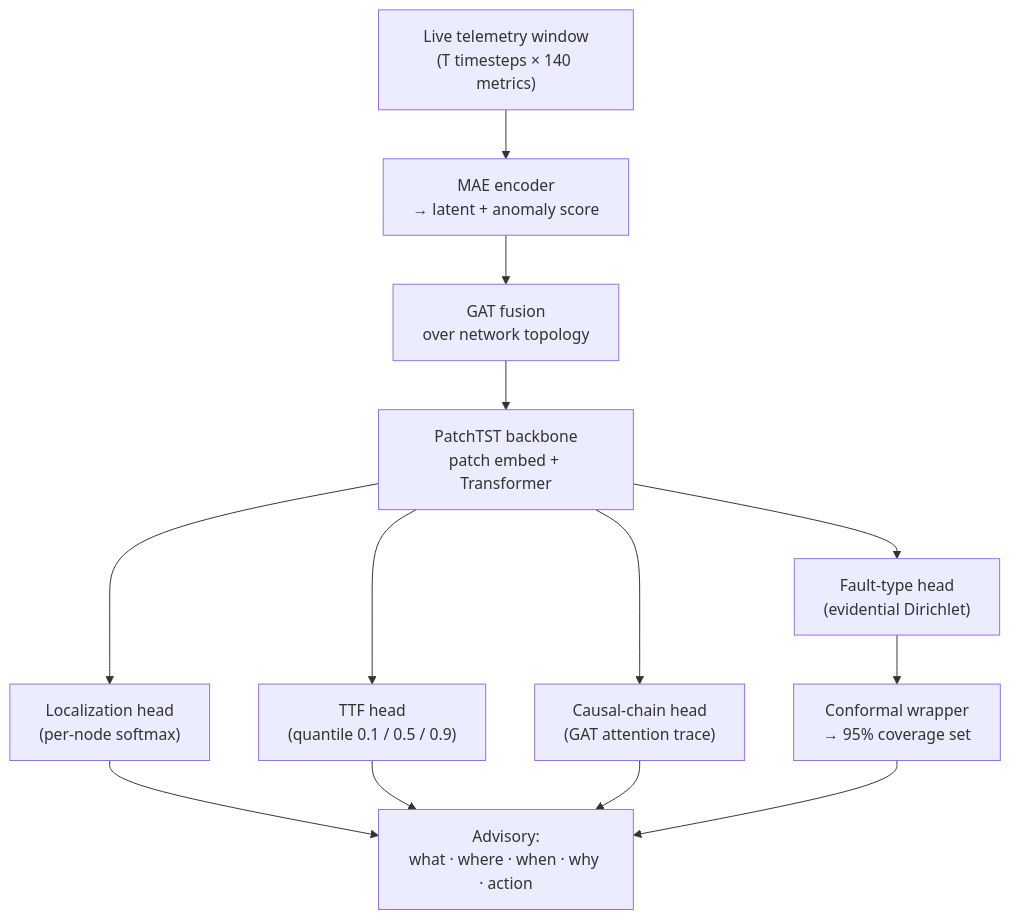
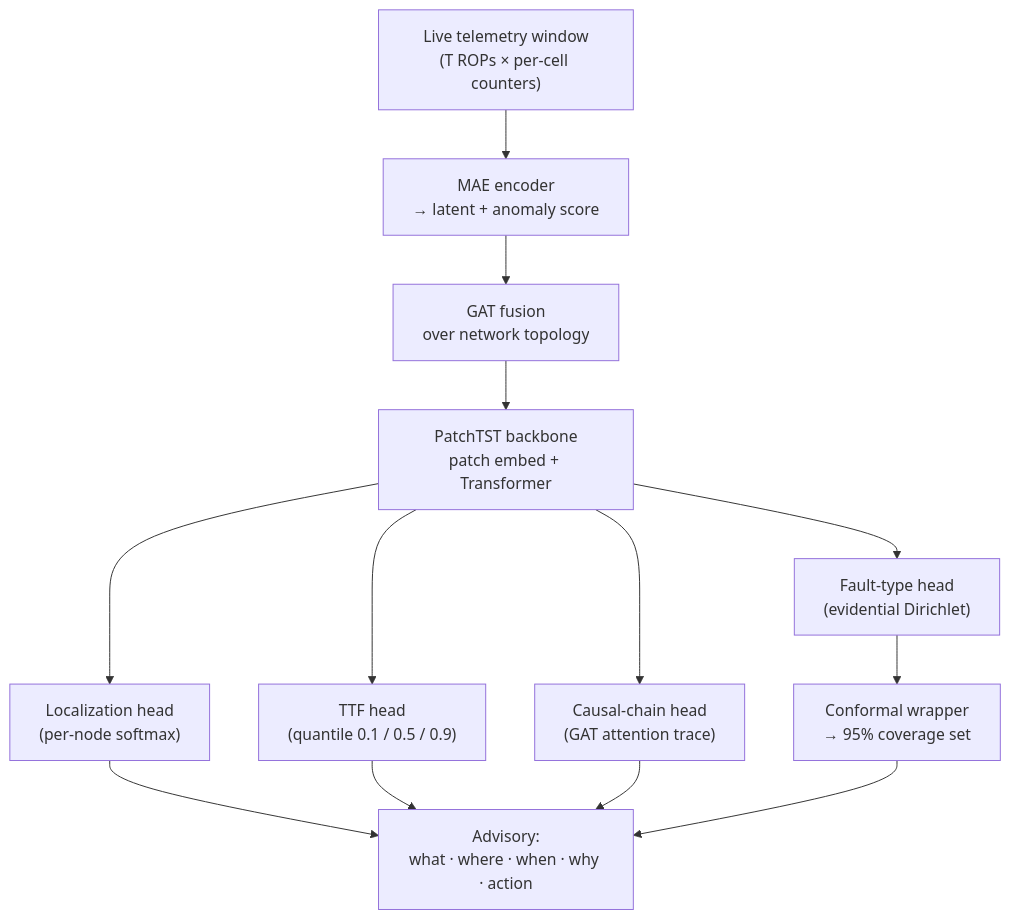
The second of 4 diagrams in docs/SYSTEM_DESIGN.md (basillicus/autofm), drawn with Mermaid before and after one commit. The commit also changed other lines of this file, not shown here.

Commit message:
Fix the design doc as per target arch

````diff
--- a/docs/SYSTEM_DESIGN.md
+++ b/docs/SYSTEM_DESIGN.md
@@ -138,15 +146,15 @@
 ```mermaid
 flowchart TD
-    A["Live telemetry window<br/>(T timesteps × 140 metrics)"] --> B["MAE encoder<br/>→ latent + anomaly score"]
+    A["Live telemetry window<br/>(T ROPs × per-cell counters)"] --> B["MAE encoder<br/>→ latent + anomaly score"]
     B --> C["GAT fusion<br/>over network topology"]
     C --> D["PatchTST backbone<br/>patch embed + Transformer"]
     D --> E1["Fault-type head<br/>(evidential Dirichlet)"]
     D --> E2["Localization head<br/>(per-node softmax)"]
     D --> E3["TTF head<br/>(quantile 0.1 / 0.5 / 0.9)"]
     D --> E4["Causal-chain head<br/>(GAT attention trace)"]
     E1 --> F["Conformal wrapper<br/>→ 95% coverage set"]
     E2 --> G
     E3 --> G
     E4 --> G
     F --> G["Advisory:<br/>what · where · when · why · action"]
 ```
````
